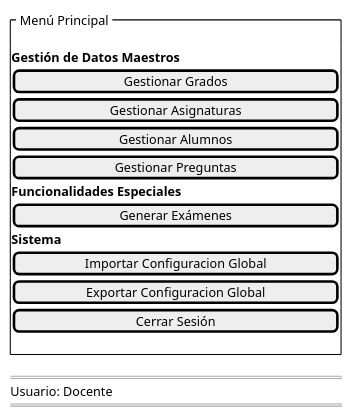
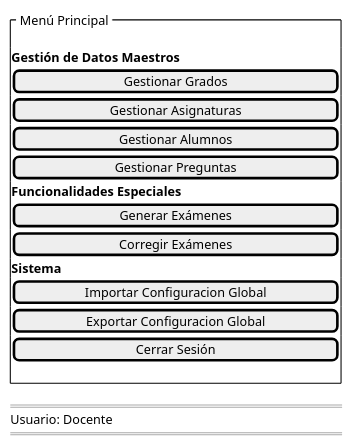
One commit to martinlopez7/25-26-IdSw1-SdR changed the diagram in documents/casos-de-uso/prototipadoCasosDeUso/completarGestion/completarGestionDocente.puml. Above: the diagram before and after it, drawn with PlantUML. The commit also changed 25 other files, not shown here.

```diff
--- a/documents/casos-de-uso/prototipadoCasosDeUso/completarGestion/completarGestionDocente.puml
+++ b/documents/casos-de-uso/prototipadoCasosDeUso/completarGestion/completarGestionDocente.puml
@@ -1,22 +1,23 @@
 @startsalt
 {
     {^" Menú Principal "
         .
         **Gestión de Datos Maestros**
         [Gestionar Grados                      ]
         [Gestionar Asignaturas                 ]
         [Gestionar Alumnos                     ]
         [Gestionar Preguntas                   ]
         **Funcionalidades Especiales**
         [Generar Exámenes                      ]
+        [Corregir Exámenes                     ]
         **Sistema**
         [Importar Configuracion Global         ]
         [Exportar Configuracion Global         ]
         [Cerrar Sesión                         ]
         .
     }
     ====
     Usuario: Docente
     ====
 }
 @endsalt
```
